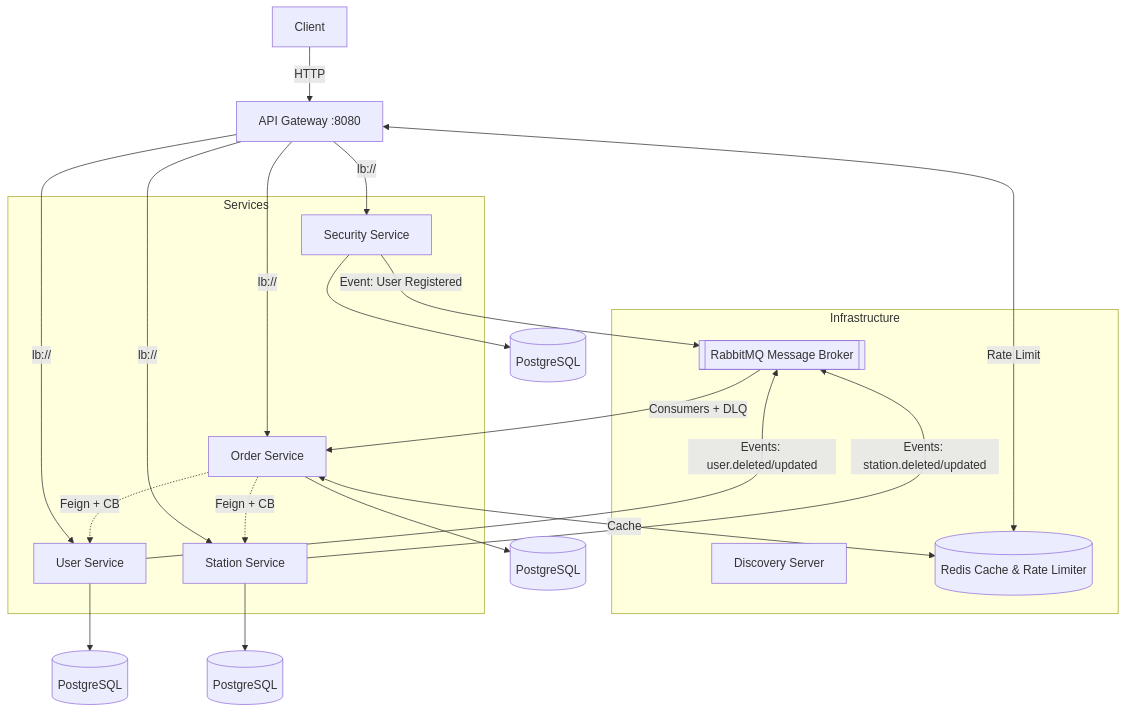
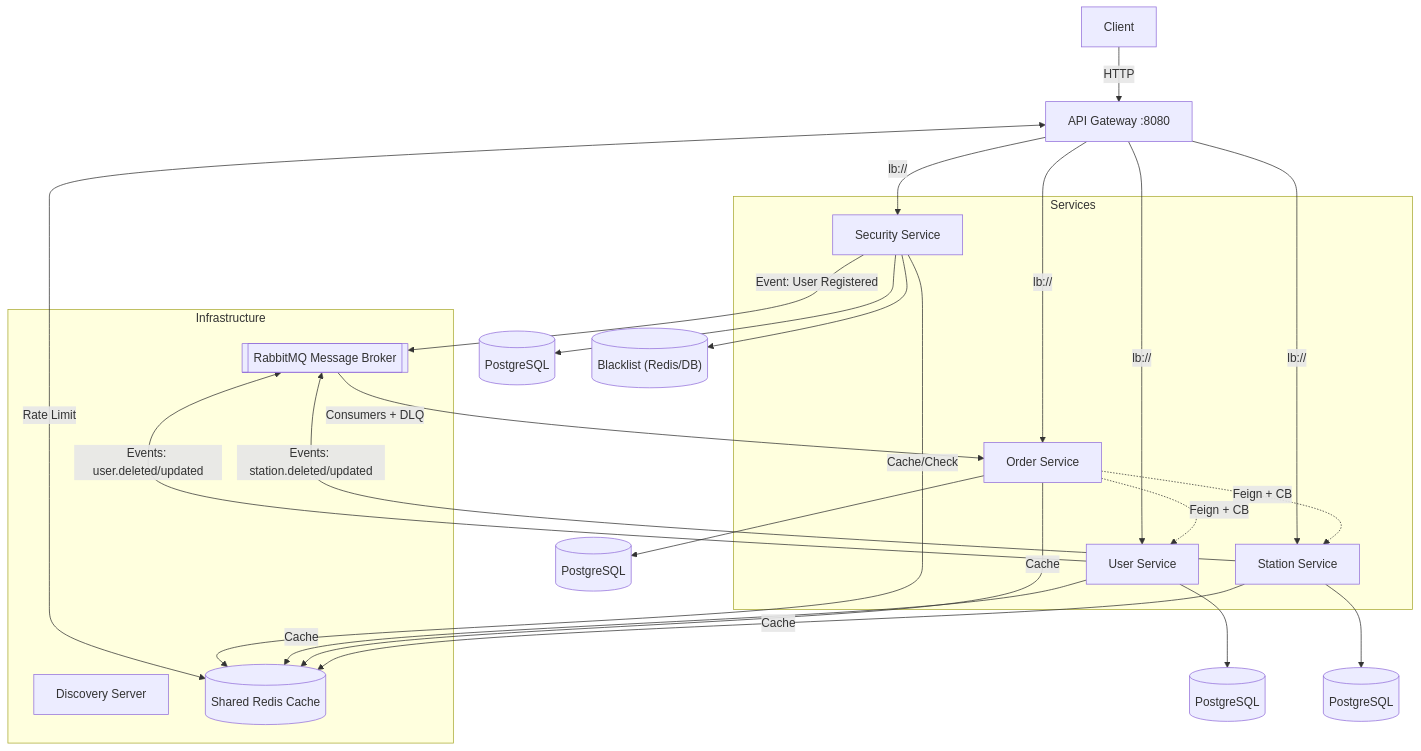
Before and after one commit to Nikitos33-l/kursachik: the diagram in README.md, drawn with Mermaid.

````diff
--- a/README.md
+++ b/README.md
@@ -3,37 +3,42 @@
 ```mermaid
 graph TD
     Client[Client] -->|HTTP| Gateway[API Gateway :8080]
     
     subgraph Infrastructure
         Eureka[Discovery Server]
-        Redis[(Redis Cache & Rate Limiter)]
+        Redis[(Shared Redis Cache)]
         RabbitMQ[[RabbitMQ Message Broker]]
     end
 
     subgraph Services
         Security[Security Service]
         User[User Service]
         Order[Order Service]
         Station[Station Service]
     end
 
     Security --> DB1[(PostgreSQL)]
+    Security --> BL[("Blacklist (Redis/DB)")]
     User --> DB2[(PostgreSQL)]
     Order --> DB3[(PostgreSQL)]
     Station --> DB4[(PostgreSQL)]
 
     Gateway -->|lb://| Security
     Gateway -->|lb://| User
     Gateway -->|lb://| Order
     Gateway -->|lb://| Station
 
     Gateway <-->|Rate Limit| Redis
     Order -.->|Feign + CB| User
     Order -.->|Feign + CB| Station
-    Order <-->|Cache| Redis
+    
+    Security -->|Cache/Check| Redis
+    User -->|Cache| Redis
+    Order -->|Cache| Redis
+    Station -->|Cache| Redis
     
     Security -->|Event: User Registered| RabbitMQ
     User -->|Events: user.deleted/updated| RabbitMQ
     Station -->|Events: station.deleted/updated| RabbitMQ
     RabbitMQ -->|Consumers + DLQ| Order
 ```
````
